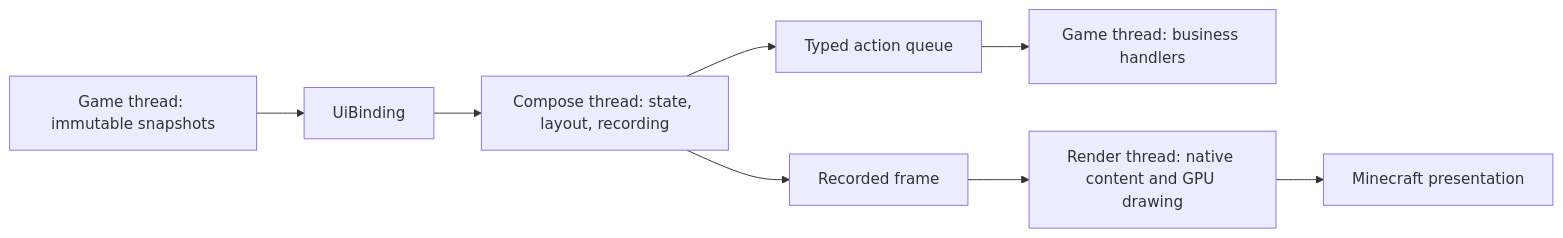
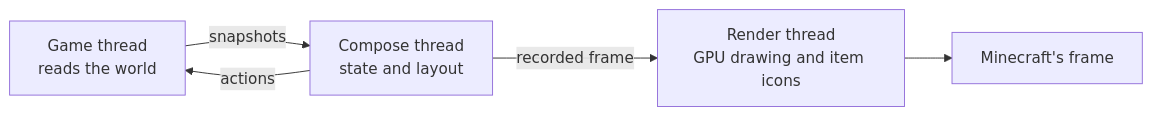
The second of 2 diagrams in docs/en/architecture.md (Frostbite-time/CompixelUI), drawn with Mermaid before and after one commit. The commit also changed other lines of this file and 75 other files, not shown here.

````diff
--- a/docs/en/architecture.md
+++ b/docs/en/architecture.md
@@ -45,10 +54,7 @@
 ```mermaid
 flowchart LR
-    Game[Game thread: immutable snapshots] --> Binding[UiBinding]
-    Binding --> Compose[Compose thread: state, layout, recording]
-    Compose --> Queue[Typed action queue]
-    Queue --> Logic[Game thread: business handlers]
-    Compose --> Frame[Recorded frame]
-    Frame --> GPU[Render thread: native content and GPU drawing]
-    GPU --> Host[Minecraft presentation]
+    game["Game thread<br/>reads the world"] -- snapshots --> compose["Compose thread<br/>state and layout"]
+    compose -- actions --> game
+    compose -- recorded frame --> gpu["Render thread<br/>GPU drawing and item icons"]
+    gpu --> frame["Minecraft's frame"]
 ```
````
